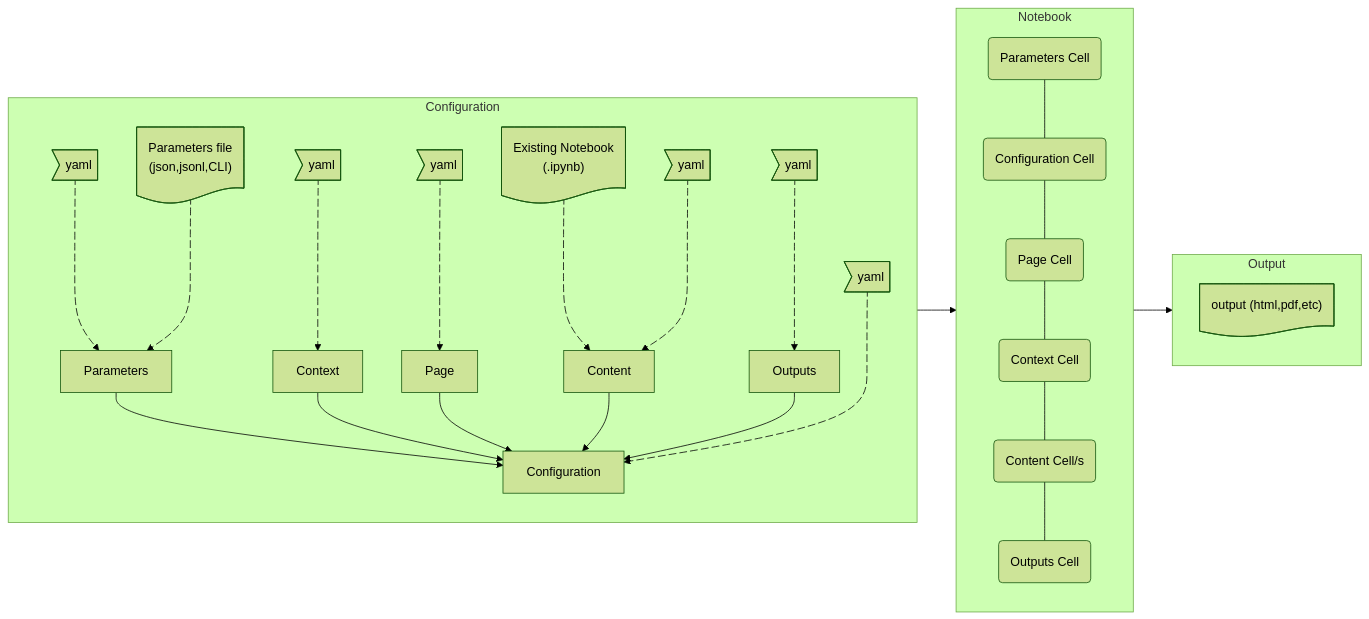
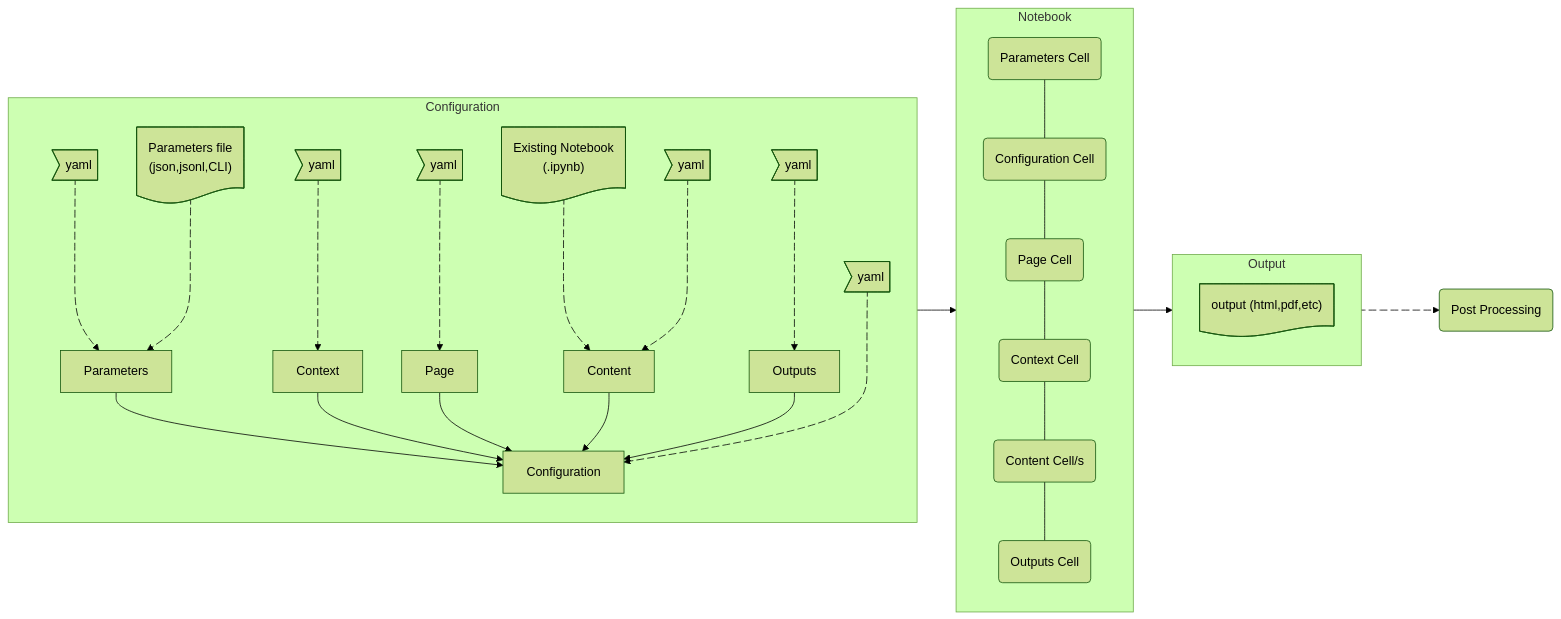
The second of 2 diagrams in docs/src/architecture.md (nbprint/nbprint), drawn with Mermaid (forest theme) before and after one commit. The commit also changed other lines of this file and 22 other files, not shown here.

````diff
--- a/docs/src/architecture.md
+++ b/docs/src/architecture.md
@@ -40,68 +40,73 @@
 ```mermaid
 graph LR
     subgraph Configuration
     pfile@{ shape: doc, label: "Parameters file<br>(json,jsonl,CLI)" }
     paramyaml>yaml]
     param["Parameters"]
     configyaml> yaml]
     config["Configuration"]
     ctxyaml>yaml]
     ctx["Context"]
     pageyaml>yaml]
     page["Page"]
     cntyaml>yaml]
     cnt["Content"]
     nb@{ shape: doc, label: "Existing Notebook<br>(.ipynb)" }
     outyaml>yaml]
     out["Outputs"]
     end
 
     subgraph Notebook
     pcell(Parameters Cell)
     configcell(Configuration Cell)
     pagecell(Page Cell)
     ctxcell(Context Cell)
     contentcell("Content Cell/s")
     outputcell(Outputs Cell)
     end
 
     paramyaml eparamyamlparam@---> param
     eparamyamlparam@{animate: true}
     pfile epfileparam@--->param
     epfileparam@{animate: true}
     param --> config
 
     ctxyaml ectxyamlctx@---> ctx
     ectxyamlctx@{animate: true}
     ctx --> config
 
     pageyaml epageyamlpage@---> page
     epageyamlpage@{animate: true}
     page --> config
 
     nb enbcnt@--->cnt
     enbcnt@{animate: true}
     cntyaml ecntyamlcnt@---> cnt
     ecntyamlcnt@{animate: true}
     cnt --> config
 
     outyaml eoutyamlout@---> out
     eoutyamlout@{animate: true}
     out --> config
 
     configyaml econfigyamlconfig@---> config
     econfigyamlconfig@{animate: true}
 
     pcell---configcell
     configcell---pagecell
     pagecell---ctxcell
     ctxcell---contentcell
     contentcell --- outputcell
 
     subgraph Output
     o@{ shape: doc, label: "output (html,pdf,etc)" }
     end
 
+    post(Post Processing)
+
     Configuration --> Notebook
-    Notebook -->Output
+    Notebook --> Output
+    Output eOutputPosProcessing@---> post
+    eOutputPosProcessing@{animate: true}
+
 ```
````
